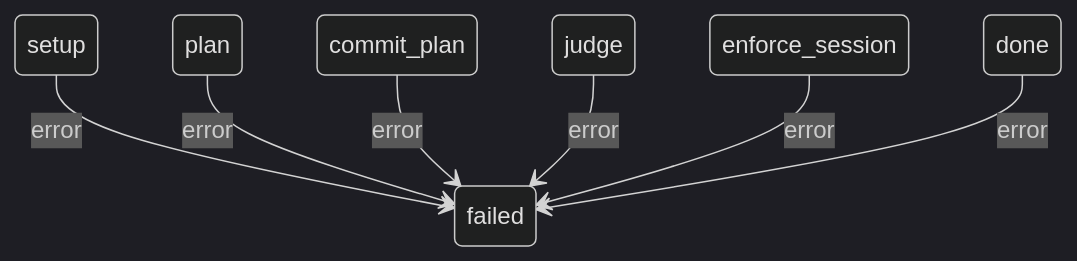
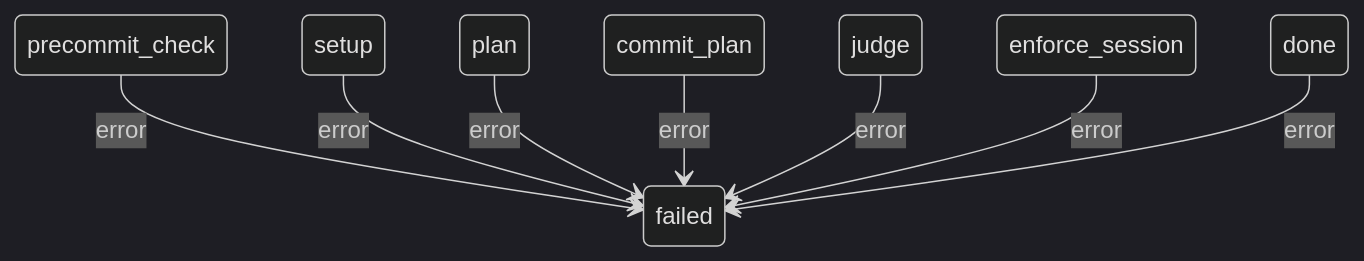
One commit to sheikkinen/yamlgraph changed the second of 3 diagrams in docs/fsm-diagrams/watcher-pipeline-v2/watcher-pipeline-v2_fsm.md. Above: the diagram before and after it, drawn with Mermaid (dark theme). The commit also changed other lines of this file and 6 other files, not shown here.

Commit message:
chore: graph fixes

````diff
--- a/docs/fsm-diagrams/watcher-pipeline-v2/watcher-pipeline-v2_fsm.md
+++ b/docs/fsm-diagrams/watcher-pipeline-v2/watcher-pipeline-v2_fsm.md
@@ -54,17 +57,19 @@
 ```mermaid
 stateDiagram-v2
     %% Error Handling Flow
+    precommit_check : precommit_check
+    judge : judge
     plan : plan
-    judge : judge
+    setup : setup
+    commit_plan : commit_plan
     enforce_session : enforce_session
-    commit_plan : commit_plan
-    setup : setup
     failed : failed
     done : done
+    precommit_check --> failed : error
     setup --> failed : error
     plan --> failed : error
     commit_plan --> failed : error
     judge --> failed : error
     enforce_session --> failed : error
     done --> failed : error
 ```
````
